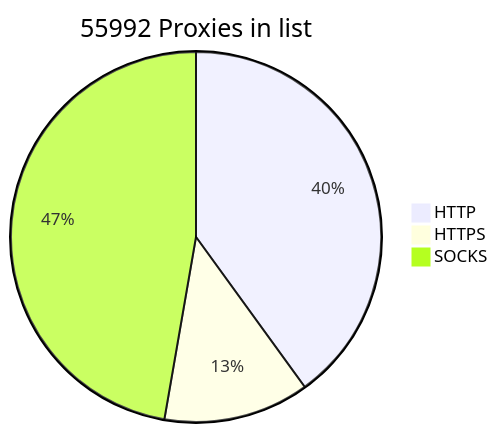
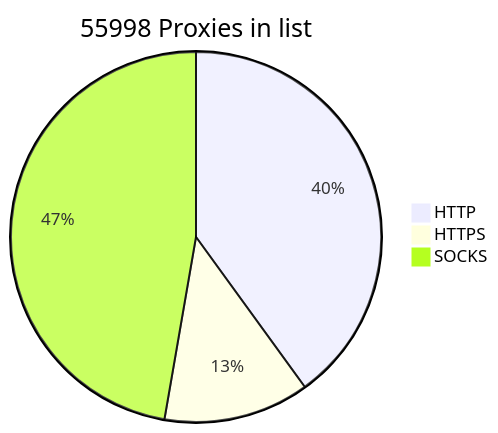
The diagram in README.md (BlackSnowDot/proxylist-update-every-minute), drawn with Mermaid before and after one commit.

````diff
--- a/README.md
+++ b/README.md
@@ -2,6 +2,6 @@
 ```mermaid
-pie title 55992 Proxies in list
+pie title 55998 Proxies in list
     "HTTP" : 25122
     "HTTPS": 7988
-    "SOCKS" : 29676
+    "SOCKS" : 29682
 ```
````
